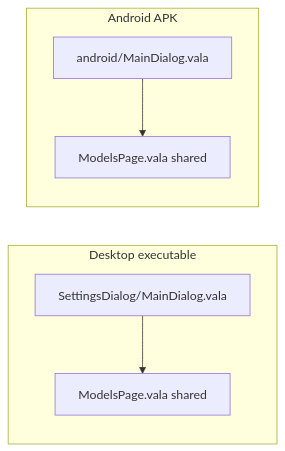
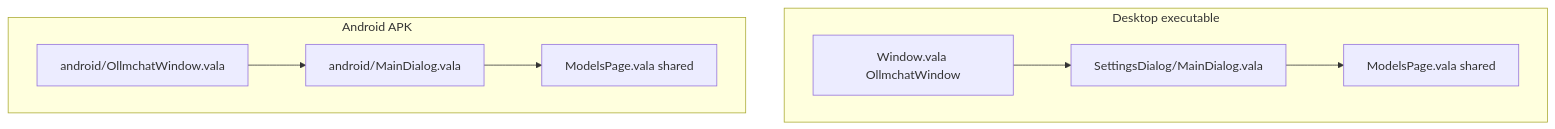
Before and after one commit to roojs/OLLMchat: the diagram in docs/plans/9.3-ACTIVE-android-settings-maindialog.md, drawn with Mermaid. The commit also changed other lines of this file and 12 other files, not shown here.

````diff
--- a/docs/plans/9.3-ACTIVE-android-settings-maindialog.md
+++ b/docs/plans/9.3-ACTIVE-android-settings-maindialog.md
@@ -55,13 +51,17 @@
 ```mermaid
-flowchart LR
+flowchart TB
   subgraph desktop [Desktop executable]
+    DW[Window.vala OllmchatWindow]
     DM[SettingsDialog/MainDialog.vala]
-    MP1[ModelsPage.vala shared]
-    DM --> MP1
+    MP[ModelsPage.vala shared]
+    DM --> MP
+    DW --> DM
   end
   subgraph android [Android APK]
+    AW[android/OllmchatWindow.vala]
     AM[android/MainDialog.vala]
     MP2[ModelsPage.vala shared]
     AM --> MP2
+    AW --> AM
   end
 ```
````
